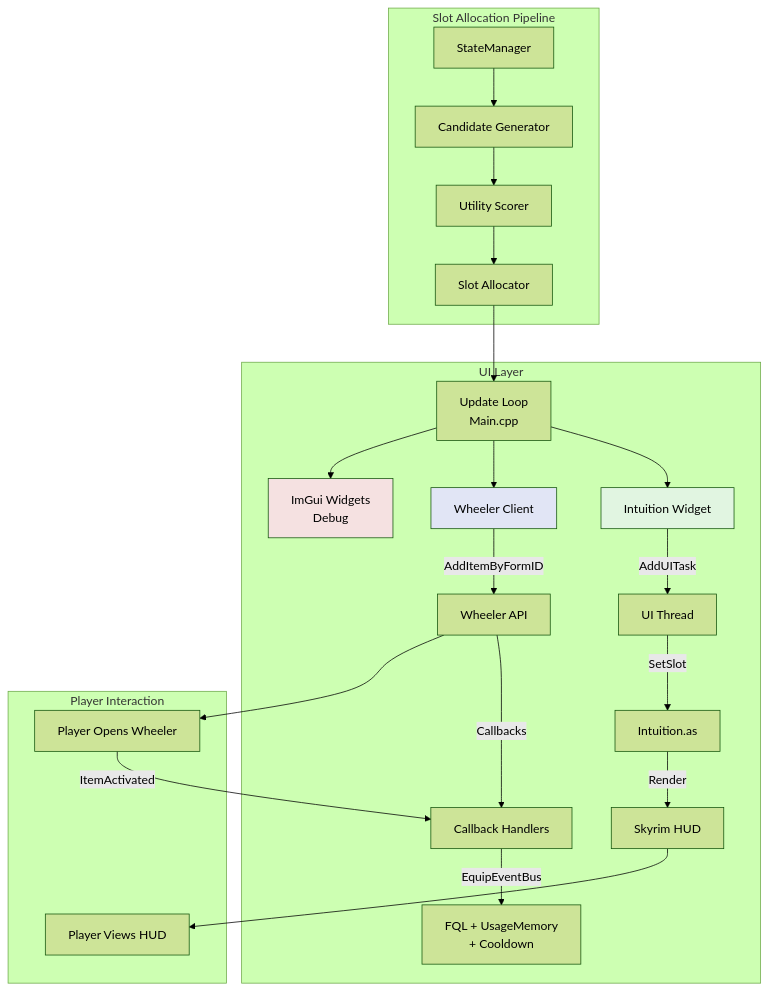
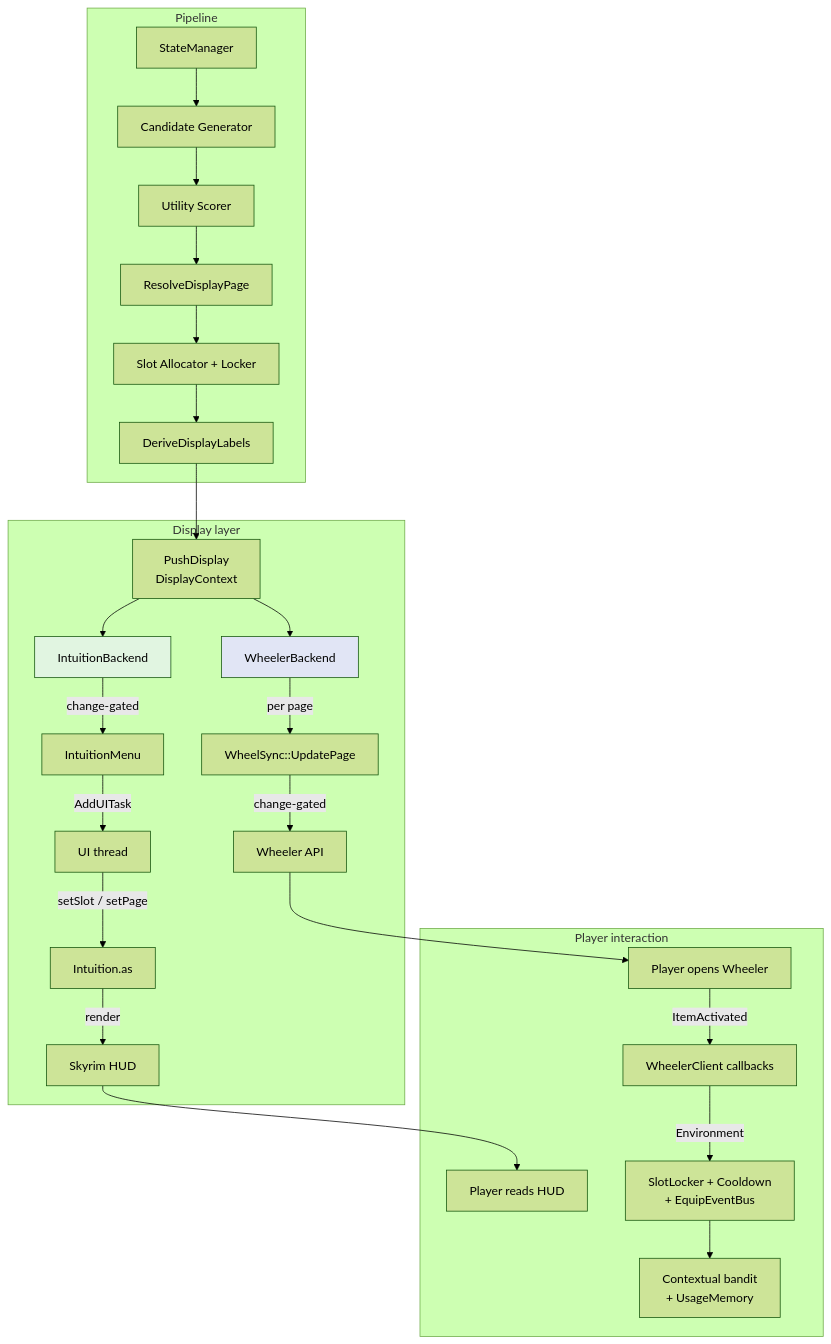
One commit to LandingCrew/huginn changed the tenth of 10 diagrams in docs/architecture/6-ui-ux.md. Above: the diagram before and after it, drawn with Mermaid (forest theme). The commit also changed other lines of this file and 27 other files, not shown here.

````diff
--- a/docs/architecture/6-ui-ux.md
+++ b/docs/architecture/6-ui-ux.md
@@ -518,34 +1027,36 @@
 ```mermaid
 graph TB
-    subgraph "Slot Allocation Pipeline"
+    subgraph "Pipeline"
         State[StateManager] --> Candidates[Candidate Generator]
         Candidates --> Scorer[Utility Scorer]
-        Scorer --> Allocator[Slot Allocator]
+        Scorer --> Resolve[ResolveDisplayPage]
+        Resolve --> Allocator[Slot Allocator + Locker]
+        Allocator --> Labels[DeriveDisplayLabels]
     end
 
-    subgraph "UI Layer"
-        Allocator --> Update[Update Loop<br/>Main.cpp]
+    subgraph "Display layer"
+        Labels --> Push[PushDisplay<br/>DisplayContext]
 
-        Update --> Intuition[Intuition Widget]
-        Update --> Wheeler[Wheeler Client]
-        Update --> ImGui[ImGui Widgets<br/>Debug]
+        Push --> WB[WheelerBackend]
+        Push --> IB[IntuitionBackend]
 
-        Intuition -->|AddUITask| UIThread[UI Thread]
-        UIThread -->|SetSlot| AS[Intuition.as]
-        AS -->|Render| HUD[Skyrim HUD]
+        IB -->|change-gated| Menu[IntuitionMenu]
+        Menu -->|AddUITask| UIThread[UI thread]
+        UIThread -->|setSlot / setPage| AS[Intuition.as]
+        AS -->|render| HUD[Skyrim HUD]
 
-        Wheeler -->|AddItemByFormID| WheelerAPI[Wheeler API]
-        WheelerAPI -->|Callbacks| WheelerCB[Callback Handlers]
-        WheelerCB -->|EquipEventBus| Subscribers[FQL + UsageMemory<br/>+ Cooldown]
+        WB -->|per page| Sync[WheelSync::UpdatePage]
+        Sync -->|change-gated| WheelerAPI[Wheeler API]
     end
 
-    subgraph "Player Interaction"
-        HUD --> Player1[Player Views HUD]
-        WheelerAPI --> Player2[Player Opens Wheeler]
-        Player2 -->|ItemActivated| WheelerCB
+    subgraph "Player interaction"
+        HUD --> P1[Player reads HUD]
+        WheelerAPI --> P2[Player opens Wheeler]
+        P2 -->|ItemActivated| CB[WheelerClient callbacks]
+        CB -->|Environment| Effects[SlotLocker + Cooldown<br/>+ EquipEventBus]
+        Effects --> Learner[Contextual bandit<br/>+ UsageMemory]
     end
 
-    style Intuition fill:#e1f5e1
-    style Wheeler fill:#e1e5f5
-    style ImGui fill:#f5e1e1
+    style IB fill:#e1f5e1
+    style WB fill:#e1e5f5
 ```
````
